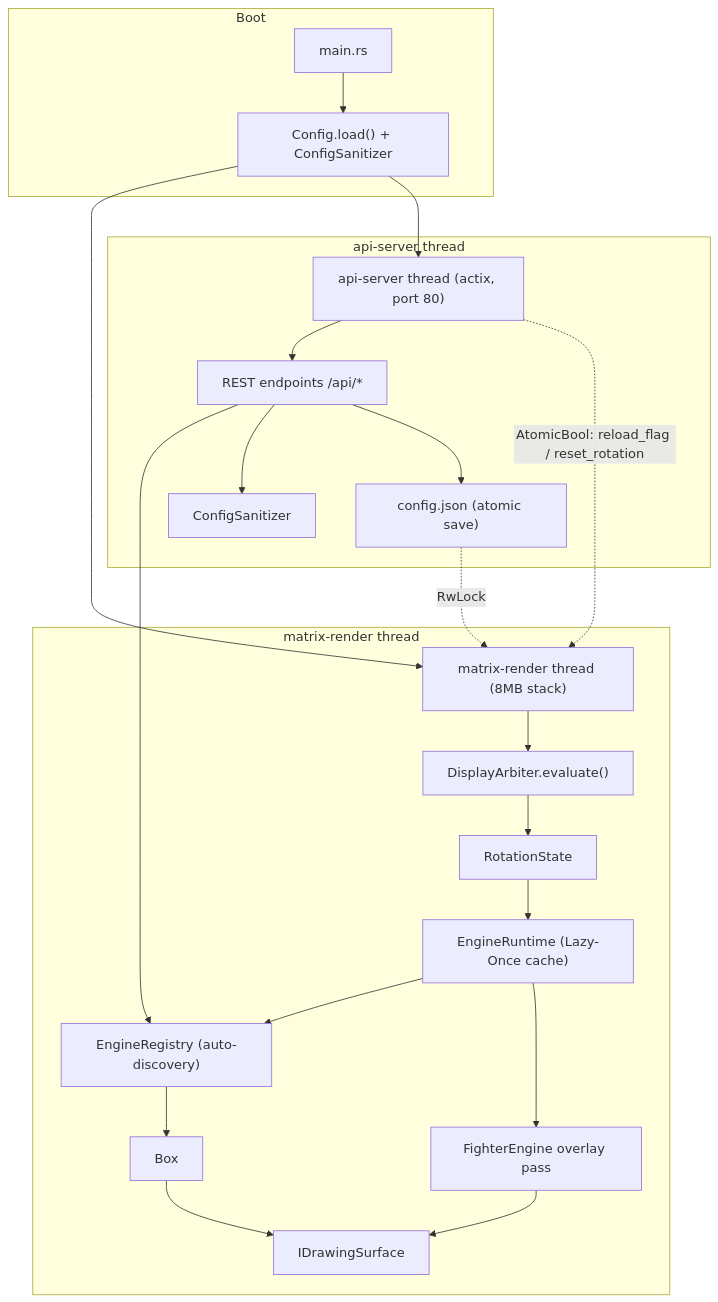
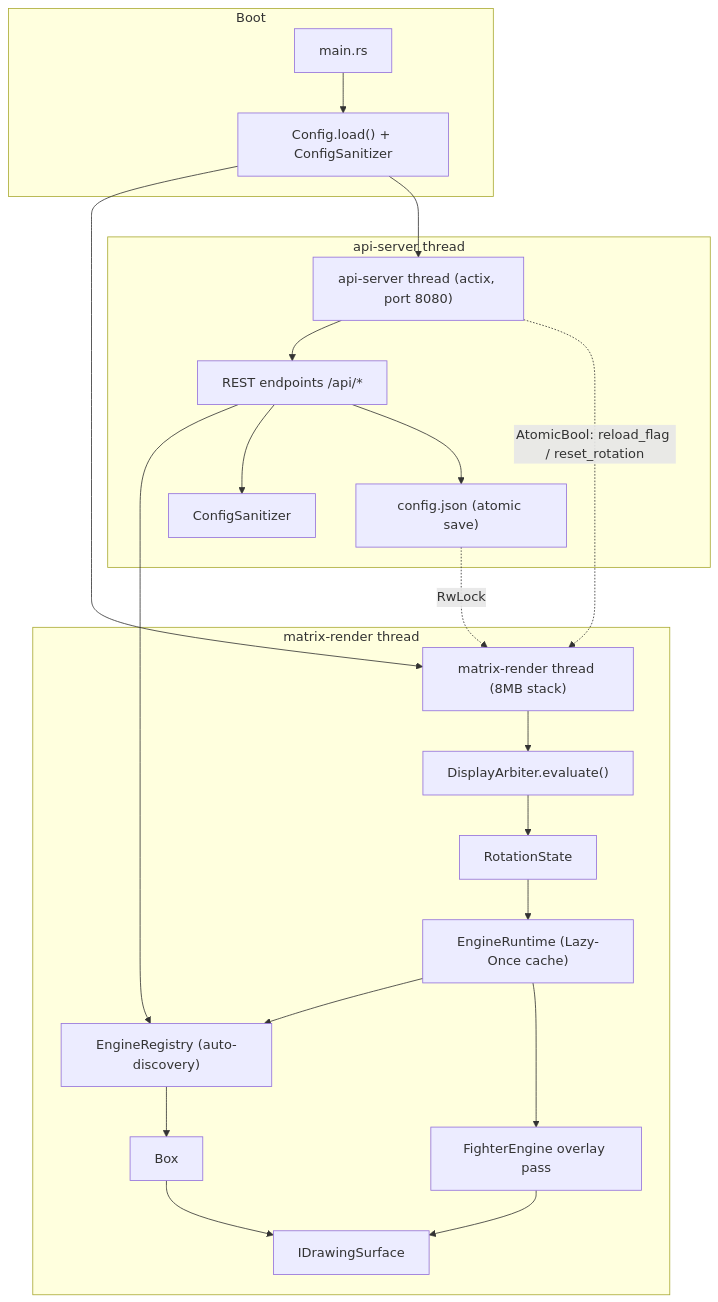
One commit to red77290/ArcadeMatrix_RPI changed the first of 14 diagrams in docs/ARCHITECTURE.md. Above: the diagram before and after it, drawn with Mermaid. The commit also changed other lines of this file and 87 other files, not shown here.

````diff
--- a/docs/ARCHITECTURE.md
+++ b/docs/ARCHITECTURE.md
@@ -48,30 +49,30 @@
 ```mermaid
 flowchart TD
     subgraph Boot
         MAIN["main.rs"] --> CFG["Config.load() + ConfigSanitizer"]
     end
 
     CFG --> REND["matrix-render thread (8MB stack)"]
-    CFG --> API["api-server thread (actix, port 80)"]
+    CFG --> API["api-server thread (actix, port 8080)"]
 
     subgraph RenderThread["matrix-render thread"]
         REND --> ARB["DisplayArbiter.evaluate()"]
         ARB --> ROT["RotationState"]
         ROT --> RT["EngineRuntime (Lazy-Once cache)"]
         RT --> REG["EngineRegistry (auto-discovery)"]
         REG --> ENG["Box<dyn Engine>"]
         ENG --> MX["IDrawingSurface"]
         RT --> OV["FighterEngine overlay pass"]
         OV --> MX
     end
 
     subgraph ApiThread["api-server thread"]
         API --> EP["REST endpoints /api/*"]
         EP --> REG
         EP --> SAN["ConfigSanitizer"]
         EP --> SAVE["config.json (atomic save)"]
     end
 
     API -.->|"AtomicBool: reload_flag / reset_rotation"| REND
     SAVE -.->|"RwLock<ConfigSettings>"| REND
 ```
````
